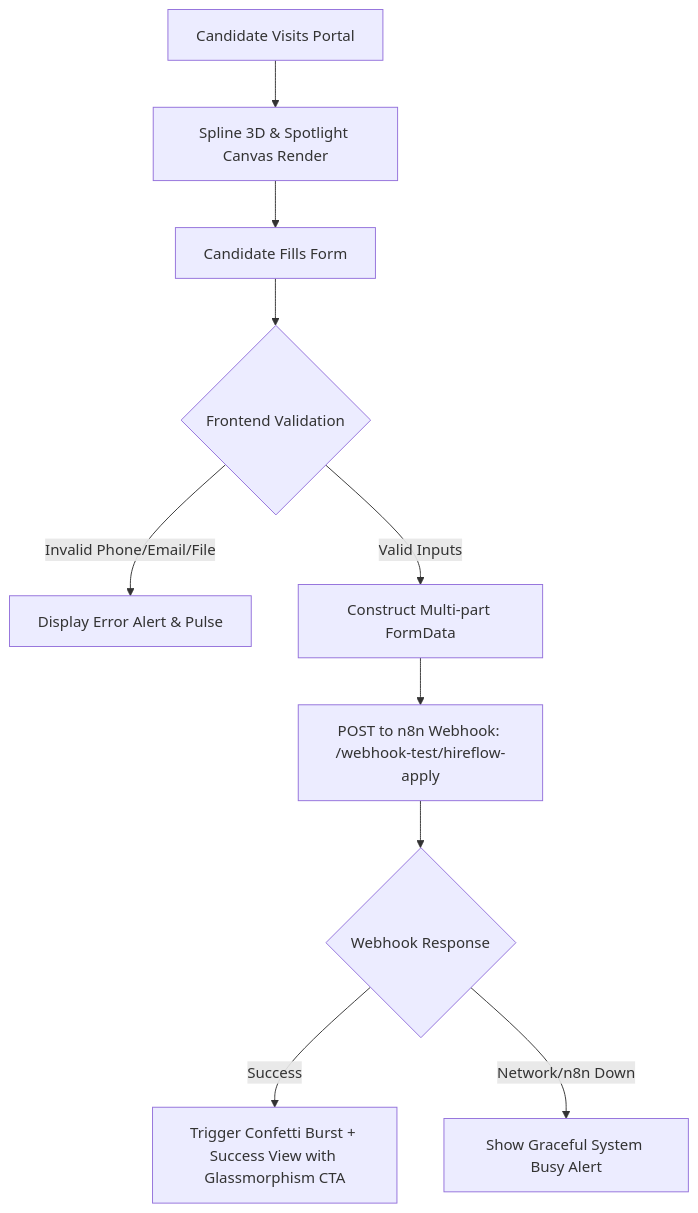
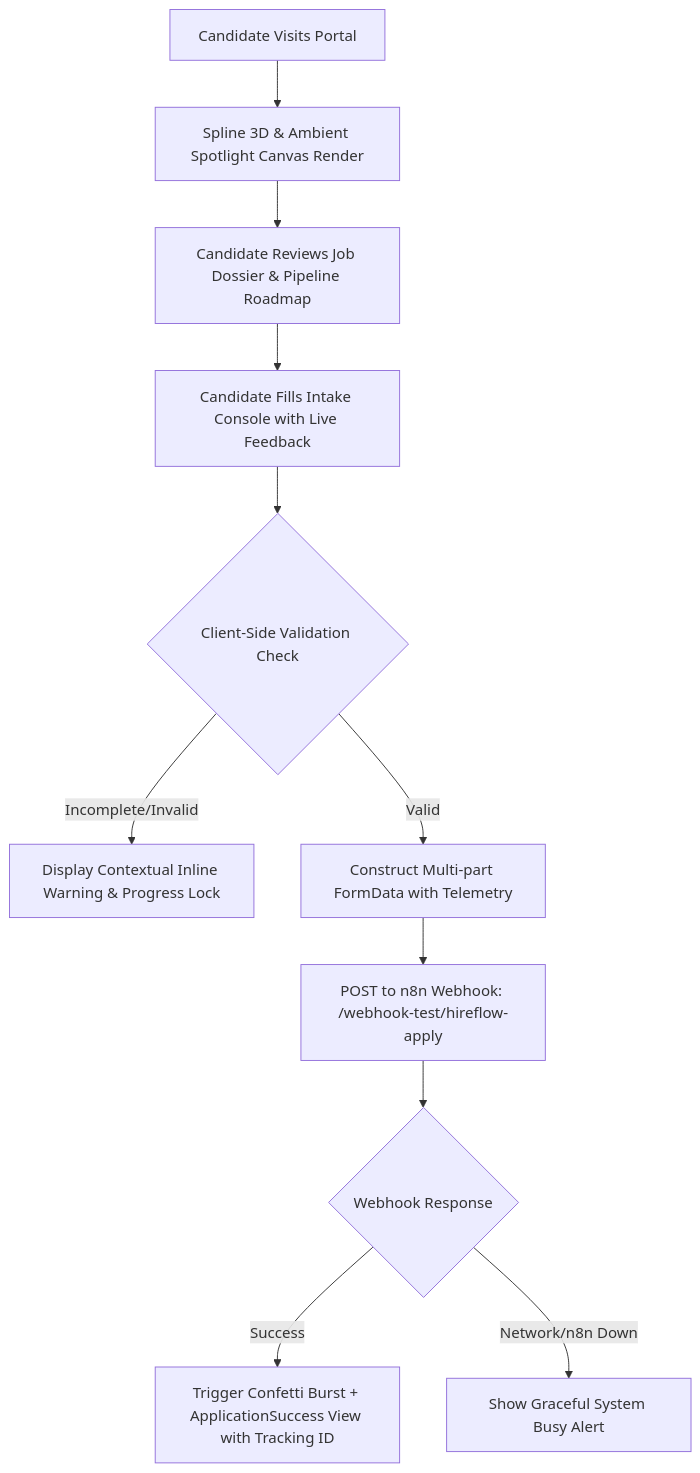
One commit to swarajshelke12/HIREFLOW_ATS changed the diagram in build.md. Above: the diagram before and after it, drawn with Mermaid. The commit also changed other lines of this file and 1 other file, not shown here.

````diff
--- a/build.md
+++ b/build.md
@@ -22,12 +23,13 @@
 ```mermaid
 flowchart TD
-    A[Candidate Visits Portal] --> B[Spline 3D & Spotlight Canvas Render]
-    B --> C[Candidate Fills Form]
-    C --> D{Frontend Validation}
-    D -- Invalid Phone/Email/File --> E[Display Error Alert & Pulse]
-    D -- Valid Inputs --> F[Construct Multi-part FormData]
-    F --> G[POST to n8n Webhook: /webhook-test/hireflow-apply]
-    G --> H{Webhook Response}
-    H -- Success --> I[Trigger Confetti Burst + Success View with Glassmorphism CTA]
-    H -- Network/n8n Down --> J[Show Graceful System Busy Alert]
+    A[Candidate Visits Portal] --> B[Spline 3D & Ambient Spotlight Canvas Render]
+    B --> C[Candidate Reviews Job Dossier & Pipeline Roadmap]
+    C --> D[Candidate Fills Intake Console with Live Feedback]
+    D --> E{Client-Side Validation Check}
+    E -- Incomplete/Invalid --> F[Display Contextual Inline Warning & Progress Lock]
+    E -- Valid --> G[Construct Multi-part FormData with Telemetry]
+    G --> H[POST to n8n Webhook: /webhook-test/hireflow-apply]
+    H --> I{Webhook Response}
+    I -- Success --> J[Trigger Confetti Burst + ApplicationSuccess View with Tracking ID]
+    I -- Network/n8n Down --> K[Show Graceful System Busy Alert]
 ```
````
